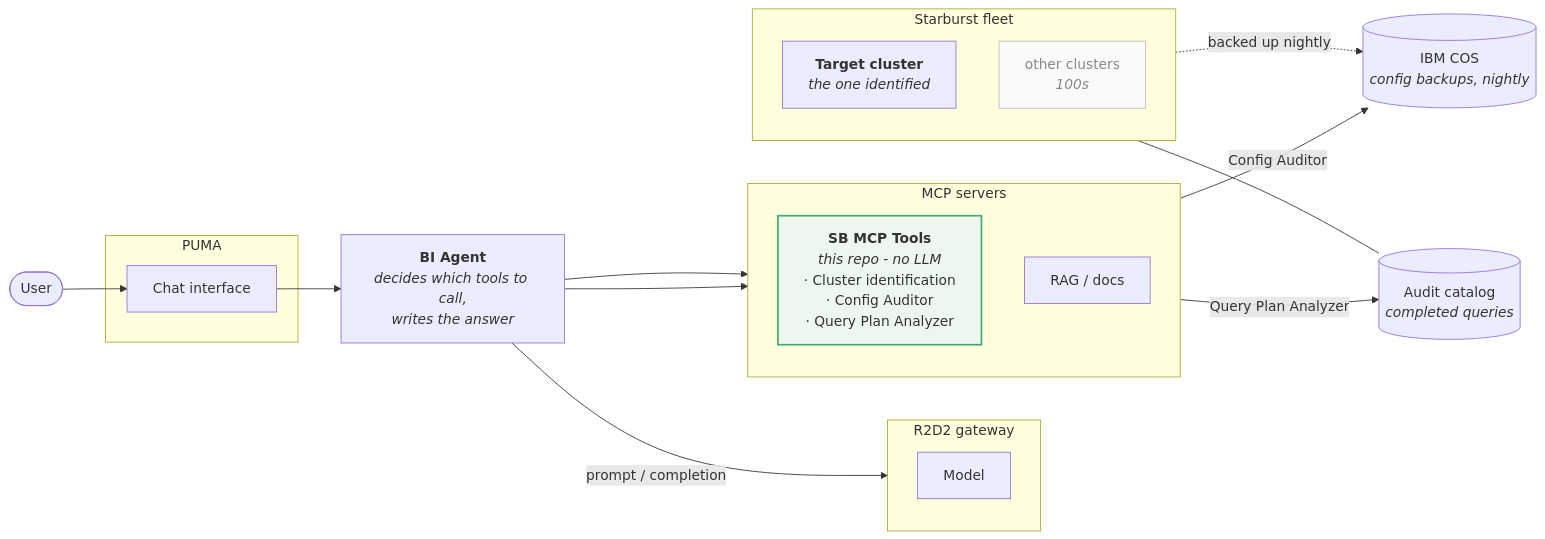
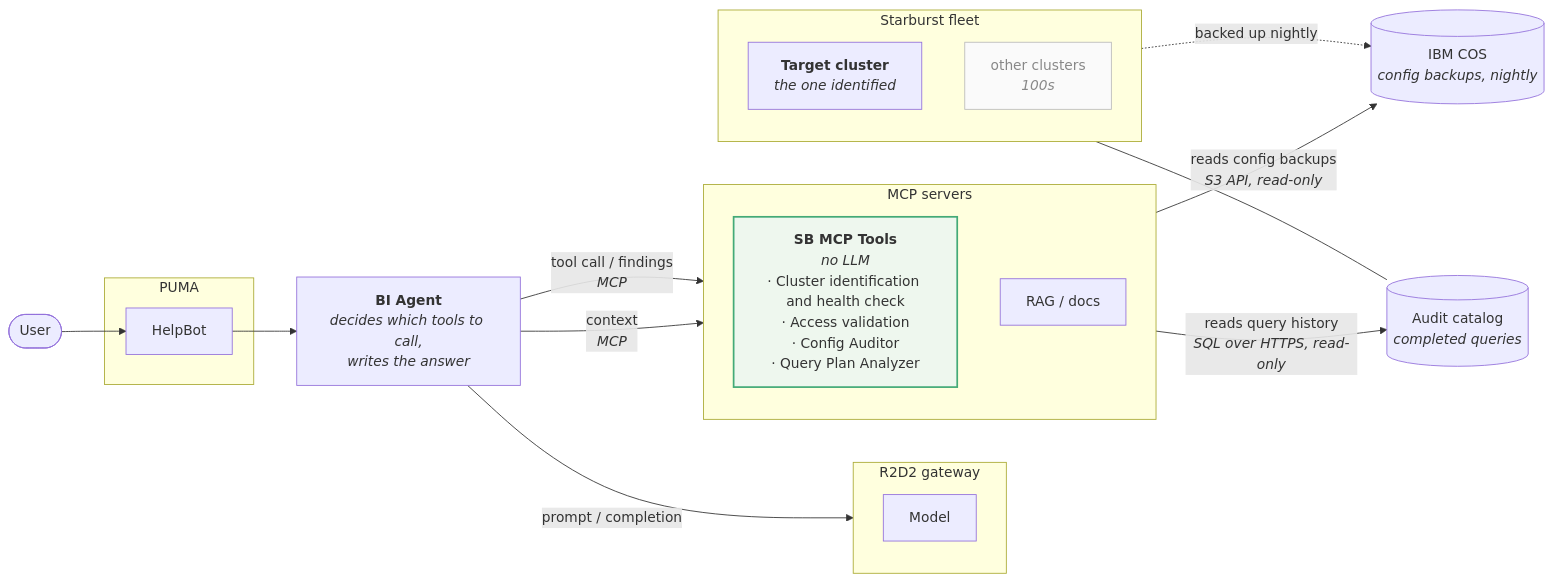
Before and after one commit to gopinathnelluri/sb-agent: the first of 8 diagrams in architecture.md, drawn with Mermaid. The commit also changed other lines of this file, not shown here.

Commit message:
Label arrows with the interaction, not the feature name
"Config Auditor - usecase" on an arrow repeats what the box at its tail
already says, and still leaves the reader not knowing what the connection is.
The arrows now read "reads config backups / S3 API, read-only" and "reads
query history / SQL over HTTPS, read-only" -- verb, object, protocol, which is
the one thing the feature name could never convey.

Also takes the current tool list: cluster identification and health check,
access validation, Config Auditor, Query Plan Analyzer.

Claude-Session: https://claude.ai/code/session_01UpscgZndV5FhArUu8phB3n

````diff
--- a/architecture.md
+++ b/architecture.md
@@ -15,44 +15,44 @@
 ```mermaid
 flowchart LR
     user(["User"])
 
     subgraph puma["PUMA"]
-        chat["Chat interface"]
+        chat["HelpBot"]
     end
 
     agent["<b>BI Agent</b><br/><i>decides which tools to call,<br/>writes the answer</i>"]
 
     subgraph r2d2["R2D2 gateway"]
         model["Model"]
     end
 
     subgraph mcps["MCP servers"]
         direction TB
-        sb["<b>SB MCP Tools</b><br/><i>this repo - no LLM</i><br/>· Cluster identification<br/>· Config Auditor<br/>· Query Plan Analyzer"]
+        sb["<b>SB MCP Tools</b><br/><i>no LLM</i><br/>· Cluster identification and health check<br/>· Access validation<br/>· Config Auditor<br/>· Query Plan Analyzer"]
         rag["RAG / docs"]
     end
 
     subgraph fleet["Starburst fleet"]
         direction TB
         target["<b>Target cluster</b><br/><i>the one identified</i>"]
         others["other clusters<br/><i>100s</i>"]
     end
 
     cos[("IBM COS<br/><i>config backups, nightly</i>")]
     audit[("Audit catalog<br/><i>completed queries</i>")]
 
     user --> chat
     chat --> agent
     agent -->|"prompt / completion"| r2d2
-    agent --> sb
-    agent --> rag
-    sb -->|"Config Auditor"| cos
-    sb -->|"Query Plan Analyzer"| audit
+    agent -->|"tool call / findings<br/><i>MCP</i>"| sb
+    agent -->|"context<br/><i>MCP</i>"| rag
+    sb -->|"reads config backups<br/><i>S3 API, read-only</i>"| cos
+    sb -->|"reads query history<br/><i>SQL over HTTPS, read-only</i>"| audit
     fleet -.->|"backed up nightly"| cos
     target --- audit
 
     classDef mine fill:#eef7ee,stroke:#4a7,stroke-width:2px
     classDef dim fill:#fafafa,stroke:#bbb,color:#888
     class sb mine
     class others dim
 ```
````
